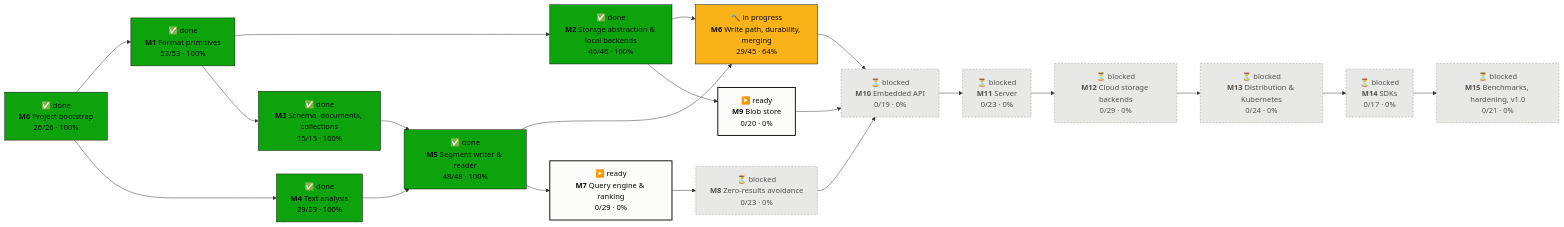
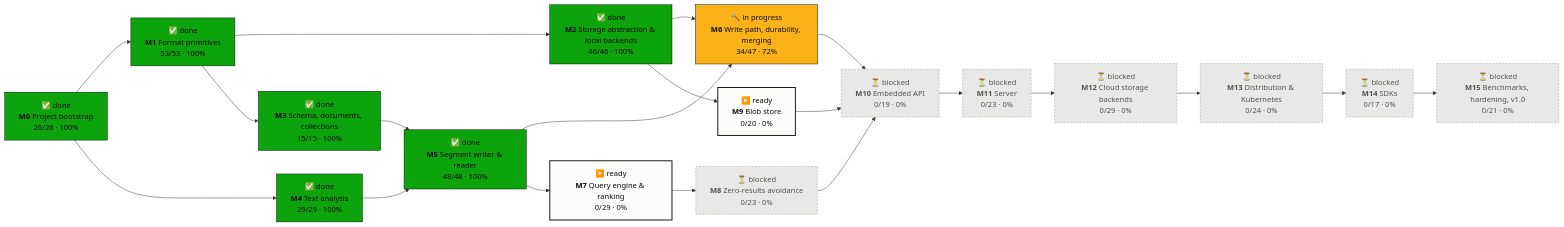
The first of 2 diagrams in PROGRESS.md (tomiok/persiaDB), drawn with Mermaid before and after one commit. The commit also changed other lines of this file and 22 other files, not shown here.

First line of the commit message:
Open sequence, read-only opens, verify, flush during replay, crash-loop harness (ROADMAP 6.6.1–6.6.5) (#43)

````diff
--- a/PROGRESS.md
+++ b/PROGRESS.md
@@ -16,42 +16,42 @@
 ```mermaid
 flowchart LR
   M0["✅ done<br/><b>M0</b> Project bootstrap<br/>26/26 · 100%"]:::done
   M1["✅ done<br/><b>M1</b> Format primitives<br/>53/53 · 100%"]:::done
   M2["✅ done<br/><b>M2</b> Storage abstraction & local backends<br/>46/46 · 100%"]:::done
   M3["✅ done<br/><b>M3</b> Schema, documents, collections<br/>15/15 · 100%"]:::done
   M4["✅ done<br/><b>M4</b> Text analysis<br/>29/29 · 100%"]:::done
   M5["✅ done<br/><b>M5</b> Segment writer & reader<br/>48/48 · 100%"]:::done
-  M6["🔨 in progress<br/><b>M6</b> Write path, durability, merging<br/>29/45 · 64%"]:::doing
+  M6["🔨 in progress<br/><b>M6</b> Write path, durability, merging<br/>34/47 · 72%"]:::doing
   M7["▶️ ready<br/><b>M7</b> Query engine & ranking<br/>0/29 · 0%"]:::ready
   M8["⏳ blocked<br/><b>M8</b> Zero-results avoidance<br/>0/23 · 0%"]:::blocked
   M9["▶️ ready<br/><b>M9</b> Blob store<br/>0/20 · 0%"]:::ready
   M10["⏳ blocked<br/><b>M10</b> Embedded API<br/>0/19 · 0%"]:::blocked
   M11["⏳ blocked<br/><b>M11</b> Server<br/>0/23 · 0%"]:::blocked
   M12["⏳ blocked<br/><b>M12</b> Cloud storage backends<br/>0/29 · 0%"]:::blocked
   M13["⏳ blocked<br/><b>M13</b> Distribution & Kubernetes<br/>0/24 · 0%"]:::blocked
   M14["⏳ blocked<br/><b>M14</b> SDKs<br/>0/17 · 0%"]:::blocked
   M15["⏳ blocked<br/><b>M15</b> Benchmarks, hardening, v1.0<br/>0/21 · 0%"]:::blocked
   M0 --> M1
   M1 --> M2
   M1 --> M3
   M0 --> M4
   M3 --> M5
   M4 --> M5
   M2 --> M6
   M5 --> M6
   M5 --> M7
   M7 --> M8
   M2 --> M9
   M6 --> M10
   M8 --> M10
   M9 --> M10
   M10 --> M11
   M11 --> M12
   M12 --> M13
   M13 --> M14
   M14 --> M15
   classDef done fill:#0ca30c,stroke:#0b0b0b,color:#0b0b0b
   classDef doing fill:#fab219,stroke:#0b0b0b,color:#0b0b0b
   classDef ready fill:#fcfcfb,stroke:#0b0b0b,stroke-width:2px,color:#0b0b0b
   classDef blocked fill:#e8e8e6,stroke:#9a9a96,stroke-dasharray:4 3,color:#52514e
 ```
````
